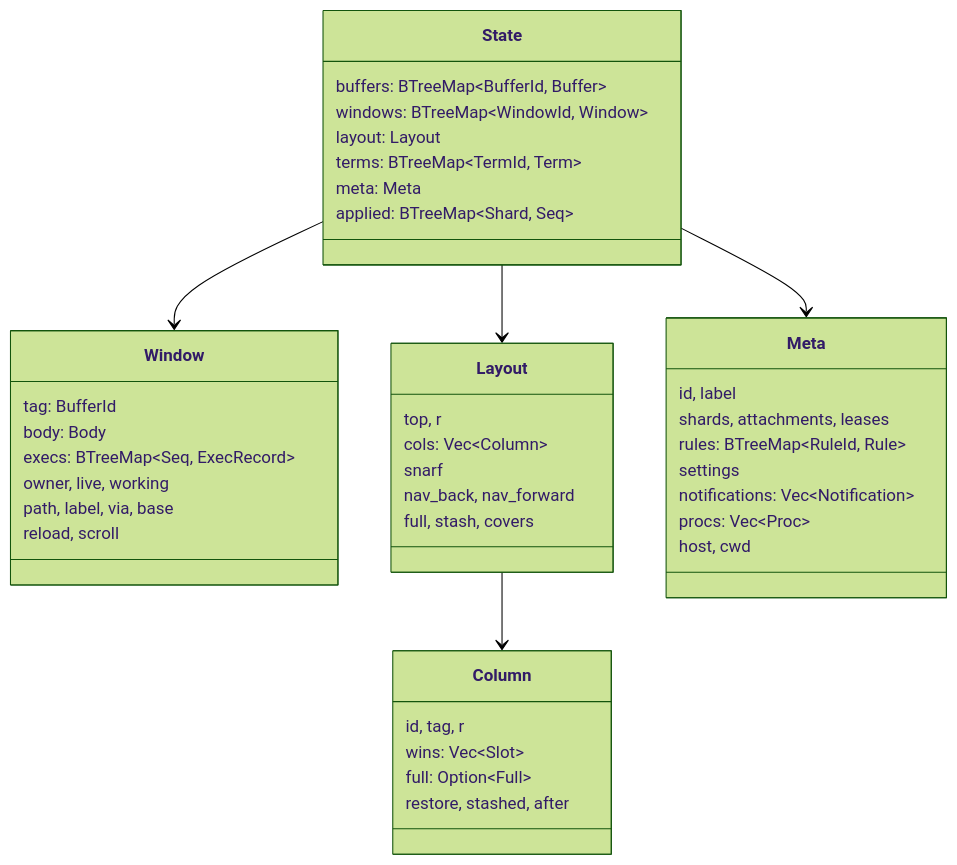
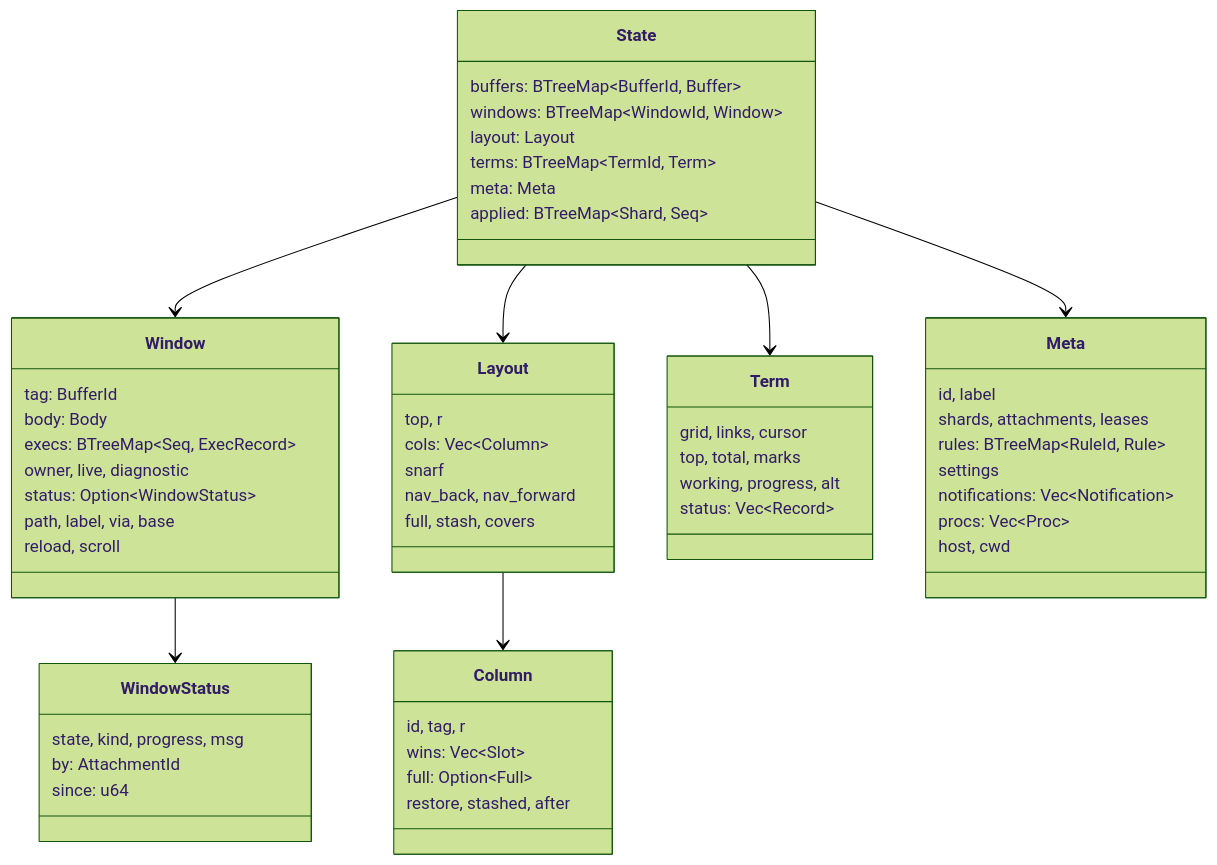
One commit to mariusae/apex changed the second of 3 diagrams in docs/wiki/core-state.md. Above: the diagram before and after it, drawn with Mermaid (forest theme). The commit also changed other lines of this file and 137 other files, not shown here.

````diff
--- a/docs/wiki/core-state.md
+++ b/docs/wiki/core-state.md
@@ -136,45 +139,59 @@
 ```mermaid
 classDiagram
     class State {
         buffers: BTreeMap~BufferId, Buffer~
         windows: BTreeMap~WindowId, Window~
         layout: Layout
         terms: BTreeMap~TermId, Term~
         meta: Meta
         applied: BTreeMap~Shard, Seq~
     }
     class Window {
         tag: BufferId
         body: Body
         execs: BTreeMap~Seq, ExecRecord~
-        owner, live, working
+        owner, live, diagnostic
+        status: Option~WindowStatus~
         path, label, via, base
         reload, scroll
+    }
+    class WindowStatus {
+        state, kind, progress, msg
+        by: AttachmentId
+        since: u64
     }
     class Layout {
         top, r
         cols: Vec~Column~
         snarf
         nav_back, nav_forward
         full, stash, covers
     }
     class Column {
         id, tag, r
         wins: Vec~Slot~
         full: Option~Full~
         restore, stashed, after
     }
+    class Term {
+        grid, links, cursor
+        top, total, marks
+        working, progress, alt
+        status: Vec~Record~
+    }
     class Meta {
         id, label
         shards, attachments, leases
         rules: BTreeMap~RuleId, Rule~
         settings
         notifications: Vec~Notification~
         procs: Vec~Proc~
         host, cwd
     }
     State --> Window
+    Window --> WindowStatus
     State --> Layout
+    State --> Term
     State --> Meta
     Layout --> Column
 ```
````
